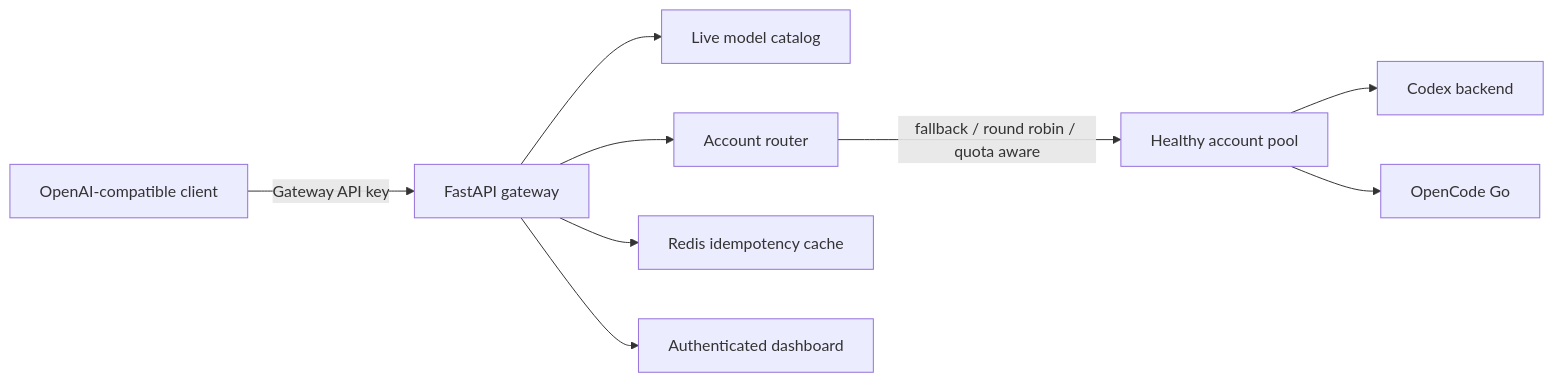
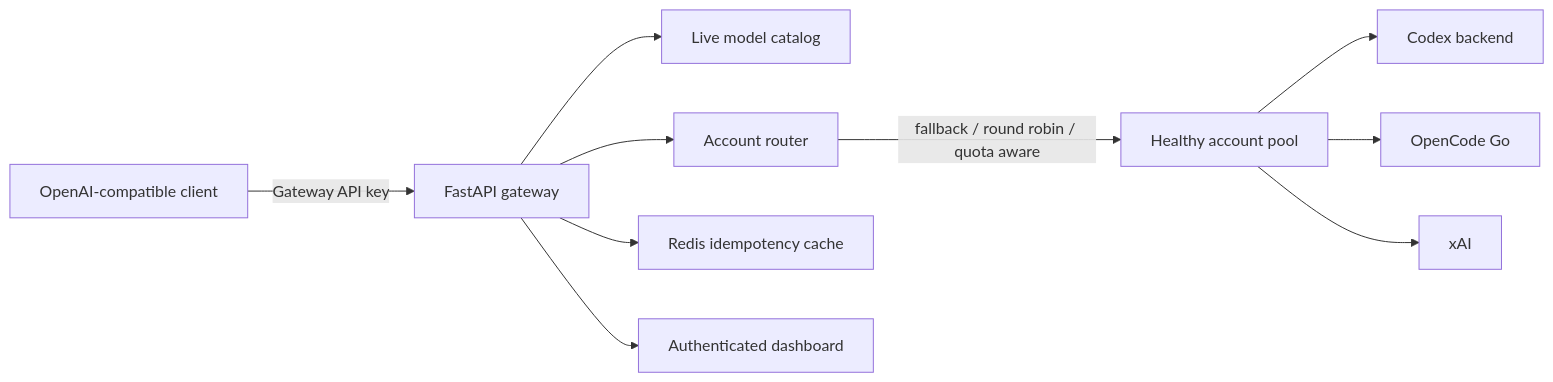
One commit to hetsaraiya/openai-gateway changed the diagram in README.md. Above: the diagram before and after it, drawn with Mermaid. The commit also changed other lines of this file and 14 other files, not shown here.

````diff
--- a/README.md
+++ b/README.md
@@ -28,11 +29,12 @@
 ```mermaid
 flowchart LR
     Client["OpenAI-compatible client"] -->|"Gateway API key"| API["FastAPI gateway"]
     API --> Catalog["Live model catalog"]
     API --> Router["Account router"]
     API --> Dedup["Redis idempotency cache"]
     Router -->|"fallback / round robin / quota aware"| Accounts["Healthy account pool"]
     Accounts --> Codex["Codex backend"]
     Accounts --> OpenCode["OpenCode Go"]
+    Accounts --> XAI["xAI"]
     API --> Dashboard["Authenticated dashboard"]
 ```
````
